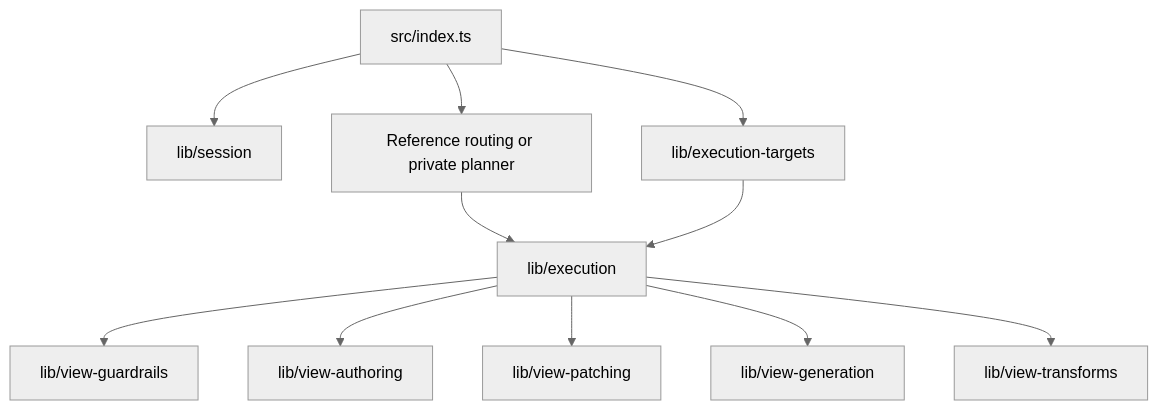
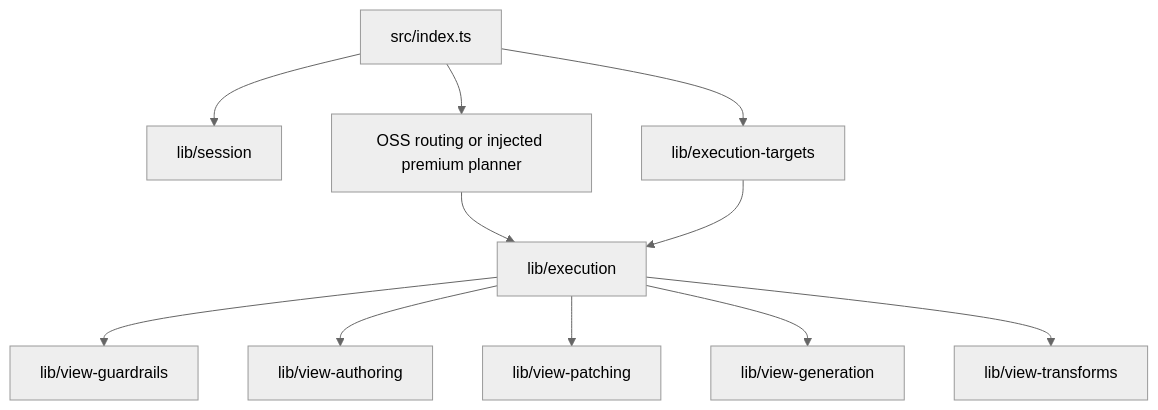
One commit to brytoncooper/continuum-dev changed the diagram in packages/ai-engine/src/lib/ARCHITECTURE.md. Above: the diagram before and after it, drawn with Mermaid (neutral theme). The commit also changed other lines of this file and 3 other files, not shown here.

First line of the commit message:
Document OSS execution routing in changelog and integration guides

````diff
--- a/packages/ai-engine/src/lib/ARCHITECTURE.md
+++ b/packages/ai-engine/src/lib/ARCHITECTURE.md
@@ -34,23 +34,23 @@
 ```mermaid
 flowchart TB
   entry[src/index.ts]
   session[lib/session]
   targets[lib/execution-targets]
-  planner["Reference routing or private planner"]
+  planner["OSS routing or injected premium planner"]
   exec[lib/execution]
   guard[lib/view-guardrails]
   author[lib/view-authoring]
   patch[lib/view-patching]
   gen[lib/view-generation]
   xf[lib/view-transforms]
   entry --> session
   entry --> targets
   entry --> planner
   planner --> exec
   targets --> exec
   exec --> guard
   exec --> author
   exec --> patch
   exec --> gen
   exec --> xf
 ```
````
